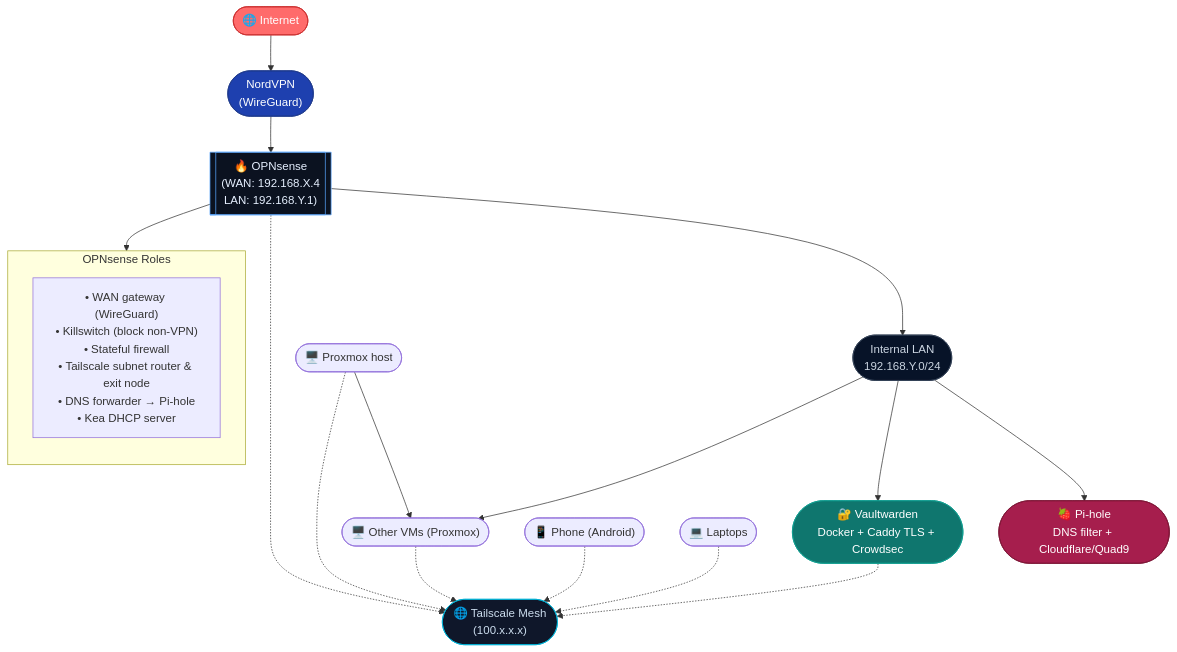
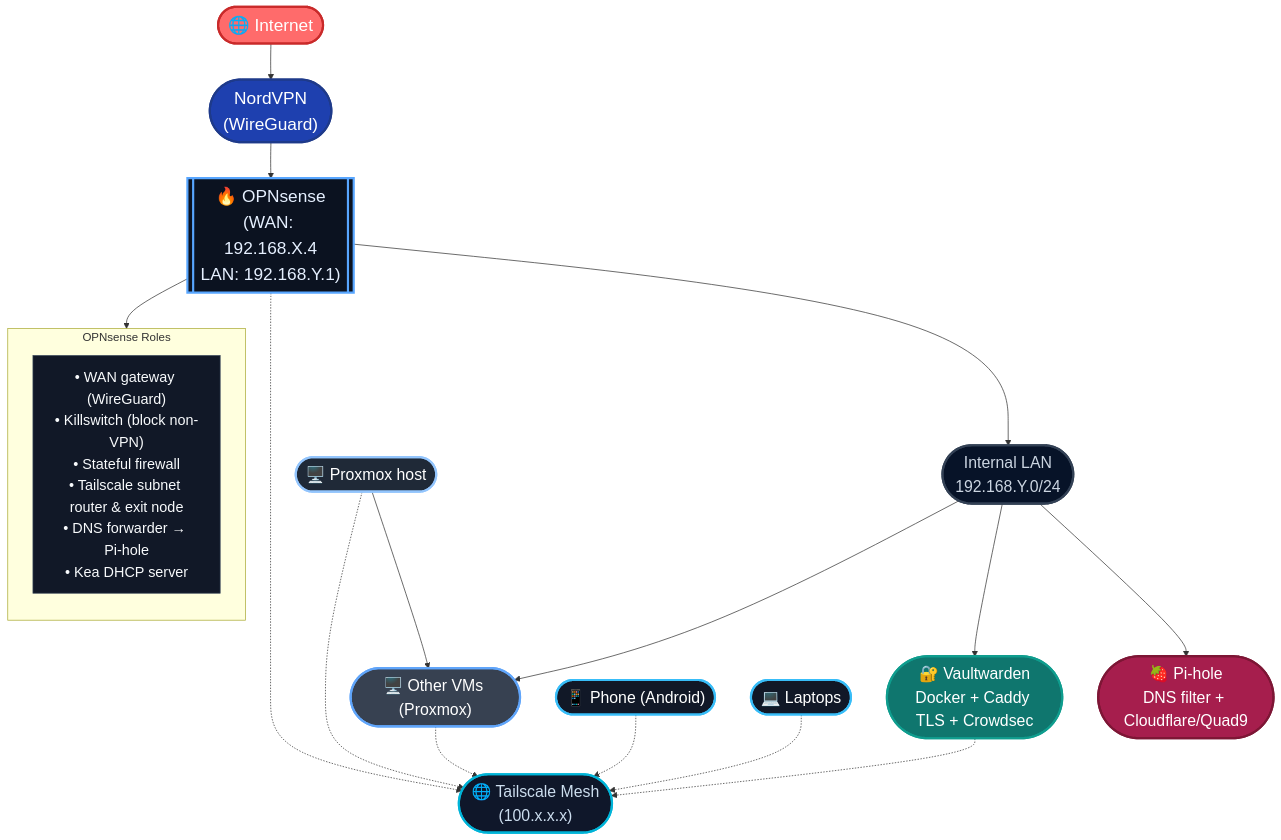
One commit to sudoAndro/sudoAndro changed the diagram in assets/homelab.mmd. Above: the diagram before and after it, drawn with Mermaid. The commit also changed 2 other files, not shown here.

```diff
--- a/assets/homelab.mmd
+++ b/assets/homelab.mmd
@@ -1,42 +1,49 @@
+%%{init: {'theme': 'base', 'themeVariables': {'fontFamily': '"Segoe UI", Arial, sans-serif', 'fontSize': '22px', 'fontWeight': '700', 'textColor': '#e2e8f0', 'primaryColor': '#0b1220', 'secondaryColor': '#0f172a', 'lineColor': '#58a6ff', 'nodeBorder': '#58a6ff', 'nodeTextColor': '#f8fafc', 'edgeLabelBackground': '#0b1220', 'clusterBkg': '#111827', 'clusterBorder': '#334155'}, 'flowchart': {'nodeSpacing': 90, 'rankSpacing': 80}}}%%
 flowchart TB
   %% Internet and VPN
   NET(["🌐 Internet"]) --> NordVPN(["NordVPN<br/>(WireGuard)"])
 
   %% OPNsense box
   NordVPN --> OPNsense[["🔥 OPNsense<br/>(WAN: 192.168.X.4<br/>LAN: 192.168.Y.1)"]]
   subgraph OPNRoles["OPNsense Roles"]
     direction TB
     OPNText["• WAN gateway (WireGuard)<br/>• Killswitch (block non-VPN)<br/>• Stateful firewall<br/>• Tailscale subnet router & exit node<br/>• DNS forwarder → Pi-hole<br/>• Kea DHCP server"]
   end
   OPNsense --> OPNRoles
 
   %% LAN and services
   OPNsense --> LAN(["Internal LAN<br/>192.168.Y.0/24"])
   LAN --> PiHole(["🍓 Pi-hole<br/>DNS filter + Cloudflare/Quad9"])
   LAN --> Vault(["🔐 Vaultwarden<br/>Docker + Caddy TLS + Crowdsec"])
   LAN --> VMs(["🖥️ Other VMs (Proxmox)"])
 
   %% Tailscale mesh (overlay)
   classDef tailscale fill:#0f172a,stroke:#00b4d8,color:#cde;
   TMesh(["🌐 Tailscale Mesh<br/>(100.x.x.x)"])
   class TMesh tailscale
   OPNsense -.-> TMesh
   Vault -.-> TMesh
   VMs -.-> TMesh
   Phone(["📱 Phone (Android)"]) -.-> TMesh
   Laptops(["💻 Laptops"]) -.-> TMesh
 
   %% anchors
   Proxmox(["🖥️ Proxmox host"]) --> VMs
   Proxmox -.-> TMesh
 
   %% clickable links (may be supported in some renderers)
   click Vault "https://github.com/sudoAndro/VaultCalculator" "Vaultwarden repo"
   click PiHole "https://github.com/sudoAndro/samba-nas-setup" "Pi-hole / NAS repo"
 
-  style NET fill:#ff6b6b,stroke:#c92a2a,color:#fff
-  style NordVPN fill:#1e40af,stroke:#1e3a8a,color:#fff
-  style OPNsense fill:#0b1220,stroke:#58a6ff,color:#e6f0ff
-  style LAN fill:#071328,stroke:#334155,color:#cbd5e1
-  style PiHole fill:#a61e4d,stroke:#7d1635,color:#fff
-  style Vault fill:#0f766e,stroke:#0f9d8e,color:#fff
+  style NET fill:#ff6b6b,stroke:#c92a2a,color:#fff,stroke-width:3px,font-size:24px
+  style NordVPN fill:#1e40af,stroke:#1e3a8a,color:#fff,stroke-width:3px,font-size:24px
+  style OPNsense fill:#0b1220,stroke:#58a6ff,color:#e6f0ff,stroke-width:3px,font-size:24px
+  style OPNText fill:#111827,stroke:#334155,color:#f8fafc,stroke-width:1px,font-size:20px
+  style LAN fill:#071328,stroke:#334155,color:#cbd5e1,stroke-width:3px,font-size:22px
+  style PiHole fill:#a61e4d,stroke:#7d1635,color:#fff,stroke-width:3px,font-size:22px
+  style Vault fill:#0f766e,stroke:#0f9d8e,color:#fff,stroke-width:3px,font-size:22px
+  style VMs fill:#374151,stroke:#60a5fa,color:#fff,stroke-width:3px,font-size:22px
+  style TMesh fill:#0f172a,stroke:#00b4d8,color:#cde,stroke-width:3px,font-size:22px
+  style Proxmox fill:#1f2937,stroke:#93c5fd,color:#fff,stroke-width:3px,font-size:22px
+  style Phone fill:#111827,stroke:#38bdf8,color:#fff,stroke-width:3px,font-size:22px
+  style Laptops fill:#111827,stroke:#38bdf8,color:#fff,stroke-width:3px,font-size:22px
```
